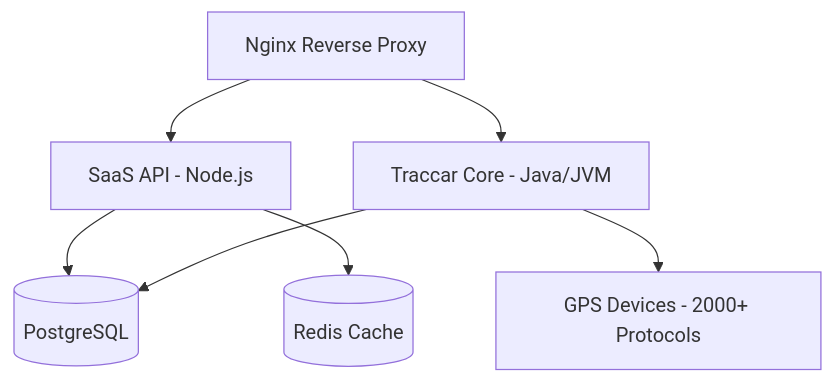
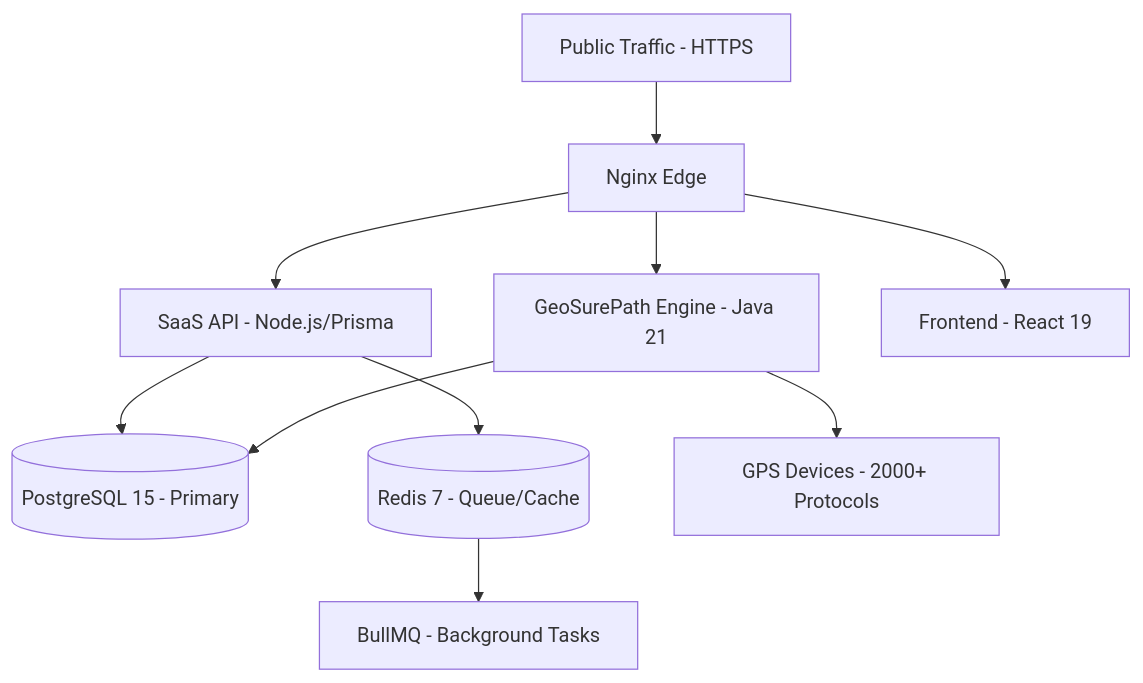
Before and after one commit to sushantjagtap5543/track: the diagram in README.md, drawn with Mermaid. The commit also changed other lines of this file and 16 other files, not shown here.

Commit message:
GeoSurePath V1.2.5 - Enterprise Infrastructure Upgrade with AI-Guardian, Premium UI, and Robust Deployment Scripts (Clean History)

````diff
--- a/README.md
+++ b/README.md
@@ -85,9 +14,12 @@
 ```mermaid
 graph TD
-    A[Nginx Reverse Proxy] --> B[SaaS API - Node.js]
-    A --> C[Traccar Core - Java/JVM]
-    B --> D[(PostgreSQL)]
-    C --> D
-    B --> E[(Redis Cache)]
-    C --> F[GPS Devices - 2000+ Protocols]
+    A[Public Traffic - HTTPS] --> B[Nginx Edge]
+    B --> C[SaaS API - Node.js/Prisma]
+    B --> D[GeoSurePath Engine - Java 21]
+    B --> E[Frontend - React 19]
+    C --> F[(PostgreSQL 15 - Primary)]
+    D --> F
+    C --> G[(Redis 7 - Queue/Cache)]
+    G --> H[BullMQ - Background Tasks]
+    D --> I[GPS Devices - 2000+ Protocols]
 ```
````
